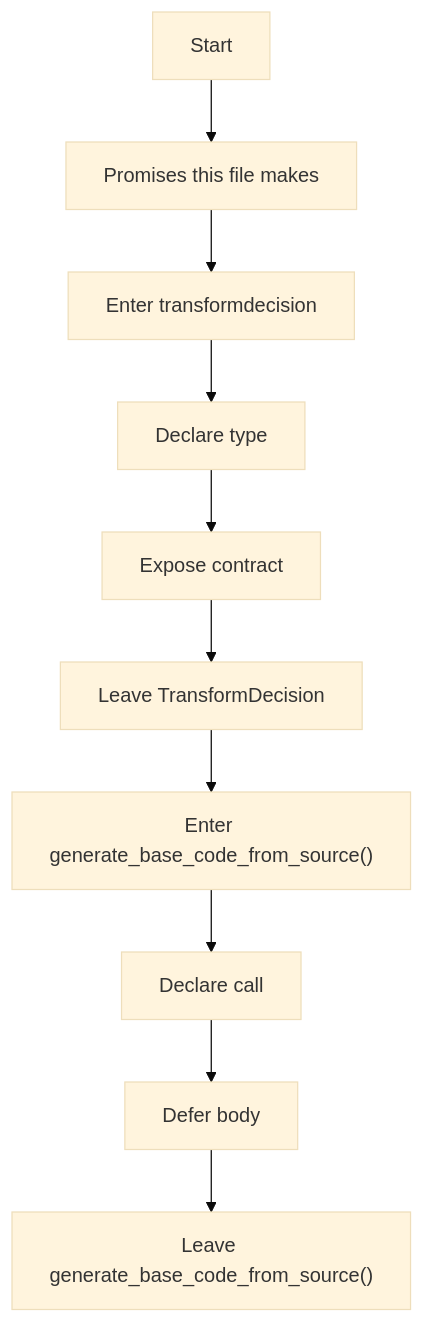
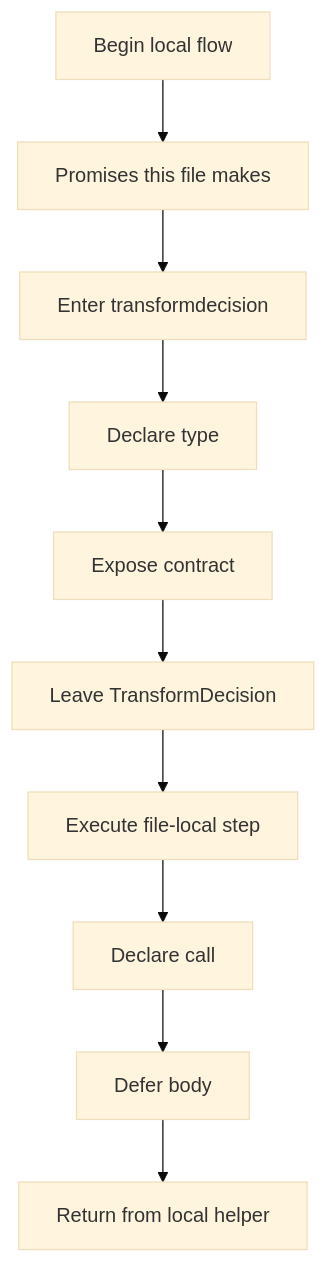
One commit to JohnAndrewBalbarosa/NeoTerritory changed the first of 6 diagrams in docs/Codebase/Microservice/Modules/Header/SyntacticBrokenAST/Trees/Shared/code_generator.hpp.md. Above: the diagram before and after it, drawn with Mermaid (base theme). The commit also changed other lines of this file and 925 other files, not shown here.

````diff
--- a/docs/Codebase/Microservice/Modules/Header/SyntacticBrokenAST/Trees/Shared/code_generator.hpp.md
+++ b/docs/Codebase/Microservice/Modules/Header/SyntacticBrokenAST/Trees/Shared/code_generator.hpp.md
@@ -30,22 +29,22 @@
 ```mermaid
 flowchart TD
-    N0["Start"]
+    N0["Begin local flow"]
     N1["Promises this file makes"]
     N2["Enter transformdecision"]
     N3["Declare type"]
     N4["Expose contract"]
     N5["Leave TransformDecision"]
-    N6["Enter generate_base_code_from_source()"]
+    N6["Execute file-local step"]
     N7["Declare call"]
     N8["Defer body"]
-    N9["Leave generate_base_code_from_source()"]
+    N9["Return from local helper"]
     N0 --> N1
     N1 --> N2
     N2 --> N3
     N3 --> N4
     N4 --> N5
     N5 --> N6
     N6 --> N7
     N7 --> N8
     N8 --> N9
 ```
````
